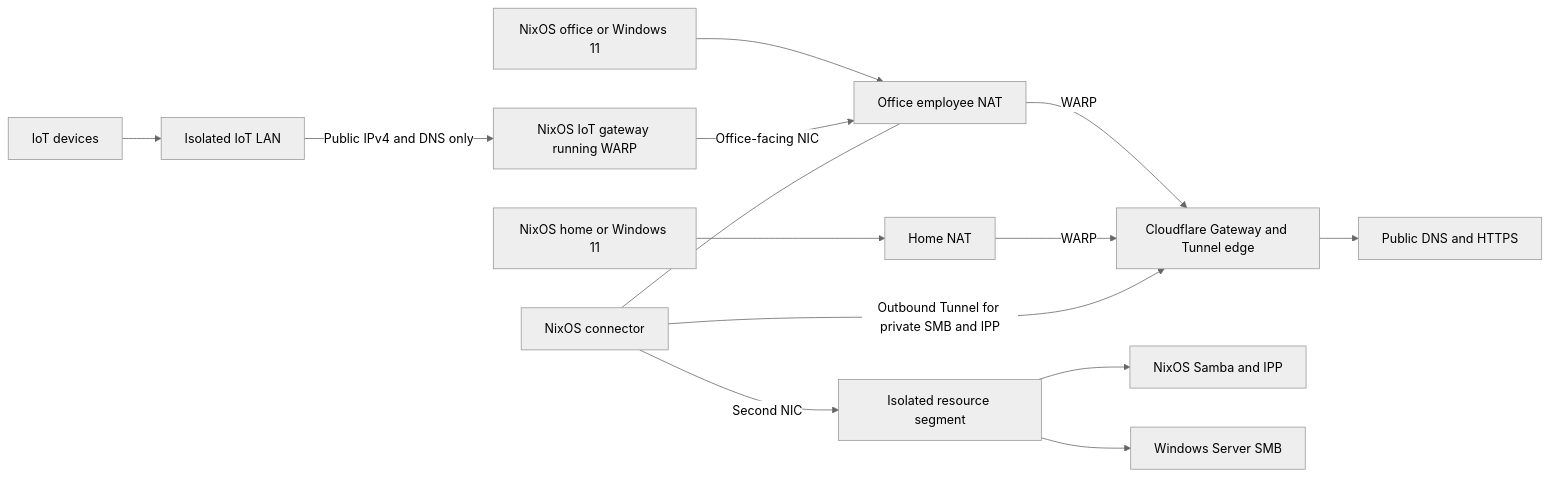
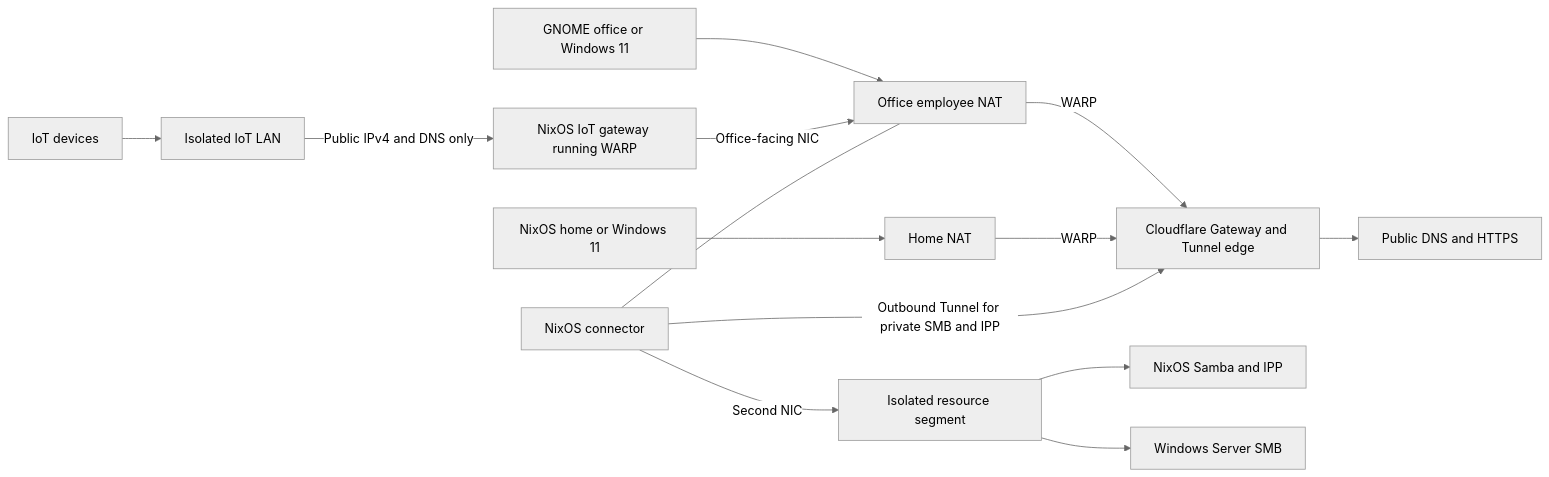
Before and after one commit to kadencartwright/cloudflare-ztna-lab: the diagram in README.md, drawn with Mermaid (neutral theme). The commit also changed other lines of this file and 8 other files, not shown here.

Commit message:
Add a GNOME desktop to the NixOS office workstation

````diff
--- a/README.md
+++ b/README.md
@@ -5,16 +5,16 @@
 ```mermaid
 flowchart LR
-  O[NixOS office or Windows 11] --> ON[Office employee NAT]
+  O[GNOME office or Windows 11] --> ON[Office employee NAT]
   R[NixOS home or Windows 11] --> HN[Home NAT]
   I[IoT devices] --> IL[Isolated IoT LAN]
   IL -->|Public IPv4 and DNS only| IG[NixOS IoT gateway running WARP]
   IG -->|Office-facing NIC| ON
   ON -->|WARP| E[Cloudflare Gateway and Tunnel edge]
   HN -->|WARP| E
   E --> W[Public DNS and HTTPS]
   C[NixOS connector] -->|Outbound Tunnel for private SMB and IPP| E
   C --- ON
   C -->|Second NIC| V[Isolated resource segment]
   V --> L[NixOS Samba and IPP]
   V --> S[Windows Server SMB]
 ```
````
